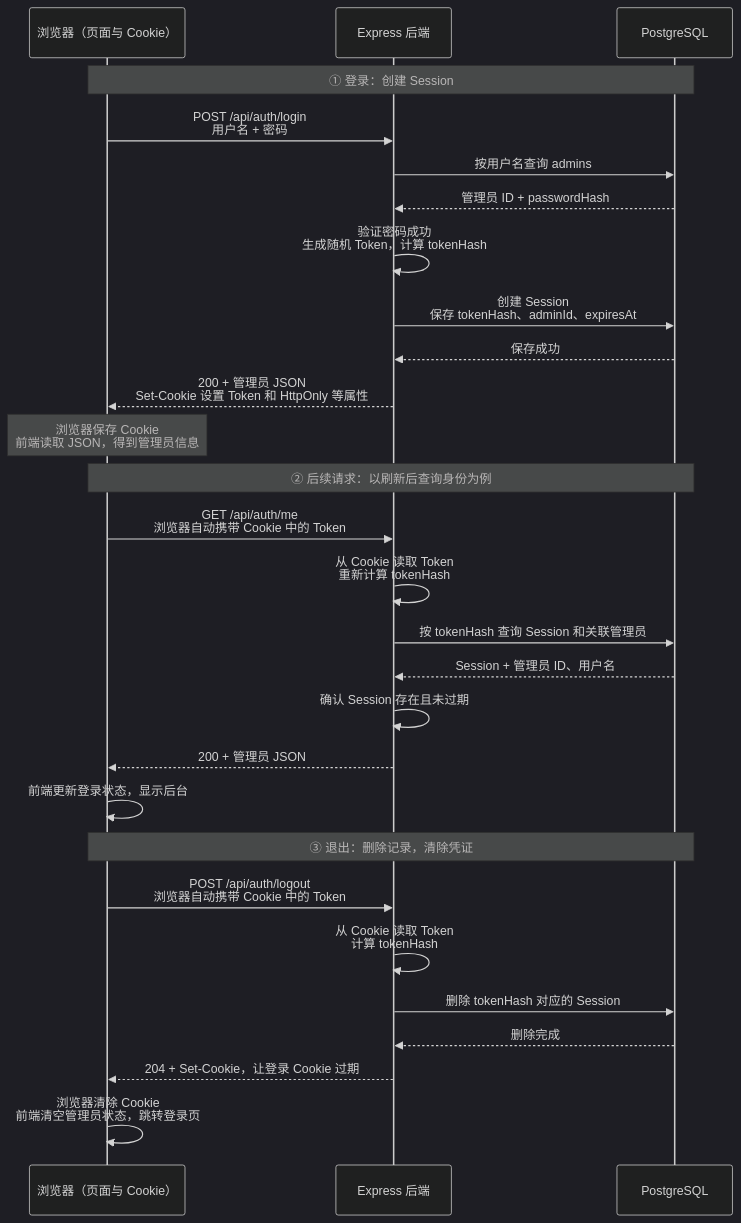
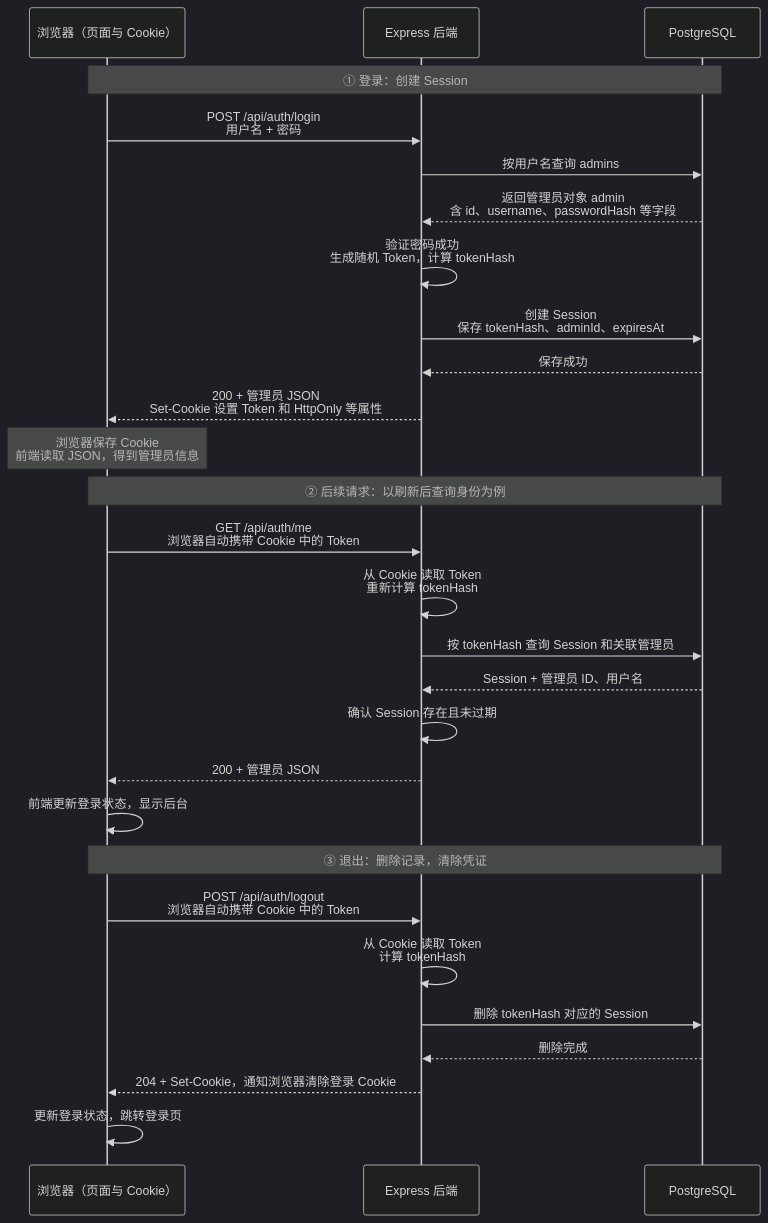
One commit to jiajianhui/learning-notes changed the diagram in backend/backend-system-learning/17-登录Cookie和基本安全.md. Above: the diagram before and after it, drawn with Mermaid (dark theme).

Commit message:
docs: 调整登录与退出流程图说明; 由AI提交🌟

````diff
--- a/backend/backend-system-learning/17-登录Cookie和基本安全.md
+++ b/backend/backend-system-learning/17-登录Cookie和基本安全.md
@@ -9,33 +9,33 @@
 ```mermaid
 sequenceDiagram
     participant B as 浏览器（页面与 Cookie）
     participant S as Express 后端
     participant D as PostgreSQL
 
     Note over B,D: ① 登录：创建 Session
     B->>S: POST /api/auth/login<br/>用户名 + 密码
     S->>D: 按用户名查询 admins
-    D-->>S: 管理员 ID + passwordHash
+    D-->>S: 返回管理员对象 admin<br/>含 id、username、passwordHash 等字段
     S->>S: 验证密码成功<br/>生成随机 Token，计算 tokenHash
     S->>D: 创建 Session<br/>保存 tokenHash、adminId、expiresAt
     D-->>S: 保存成功
     S-->>B: 200 + 管理员 JSON<br/>Set-Cookie 设置 Token 和 HttpOnly 等属性
     Note over B: 浏览器保存 Cookie<br/>前端读取 JSON，得到管理员信息
 
     Note over B,D: ② 后续请求：以刷新后查询身份为例
     B->>S: GET /api/auth/me<br/>浏览器自动携带 Cookie 中的 Token
     S->>S: 从 Cookie 读取 Token<br/>重新计算 tokenHash
     S->>D: 按 tokenHash 查询 Session 和关联管理员
     D-->>S: Session + 管理员 ID、用户名
     S->>S: 确认 Session 存在且未过期
     S-->>B: 200 + 管理员 JSON
     B->>B: 前端更新登录状态，显示后台
 
     Note over B,D: ③ 退出：删除记录，清除凭证
     B->>S: POST /api/auth/logout<br/>浏览器自动携带 Cookie 中的 Token
     S->>S: 从 Cookie 读取 Token<br/>计算 tokenHash
     S->>D: 删除 tokenHash 对应的 Session
     D-->>S: 删除完成
-    S-->>B: 204 + Set-Cookie，让登录 Cookie 过期
-    B->>B: 浏览器清除 Cookie<br/>前端清空管理员状态，跳转登录页
+    S-->>B: 204 + Set-Cookie，通知浏览器清除登录 Cookie
+    B->>B: 更新登录状态，跳转登录页
 ```
````
